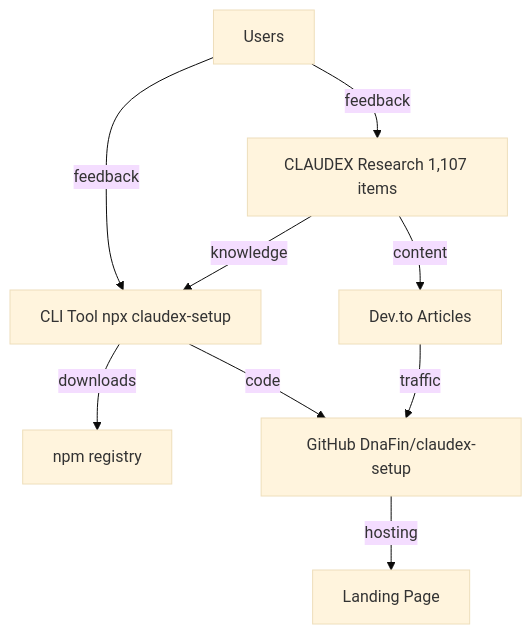
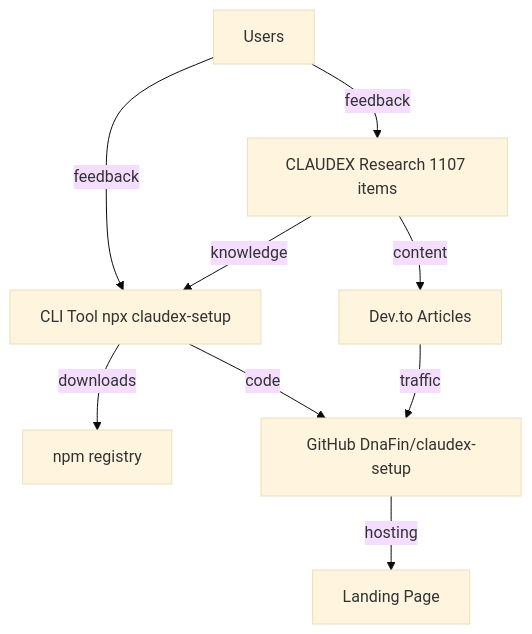
Before and after one commit to DnaFin/claudex-setup: the diagram in CLAUDE.md, drawn with Mermaid (base theme). The commit also changed 2 other files, not shown here.

Commit message:
Sync CLAUDEX counts into release branch

````diff
--- a/CLAUDE.md
+++ b/CLAUDE.md
@@ -28,11 +28,11 @@
 ```mermaid
 graph TD
-    CLAUDEX[CLAUDEX Research 1,107 items] -->|knowledge| CLI[CLI Tool npx claudex-setup]
+    CLAUDEX[CLAUDEX Research 1107 items] -->|knowledge| CLI[CLI Tool npx claudex-setup]
     CLI -->|downloads| NPM[npm registry]
     CLI -->|code| GH[GitHub DnaFin/claudex-setup]
     GH -->|hosting| LP[Landing Page]
     CLAUDEX -->|content| DT[Dev.to Articles]
     DT -->|traffic| GH
     Users -->|feedback| CLI
     Users -->|feedback| CLAUDEX
 ```
````
